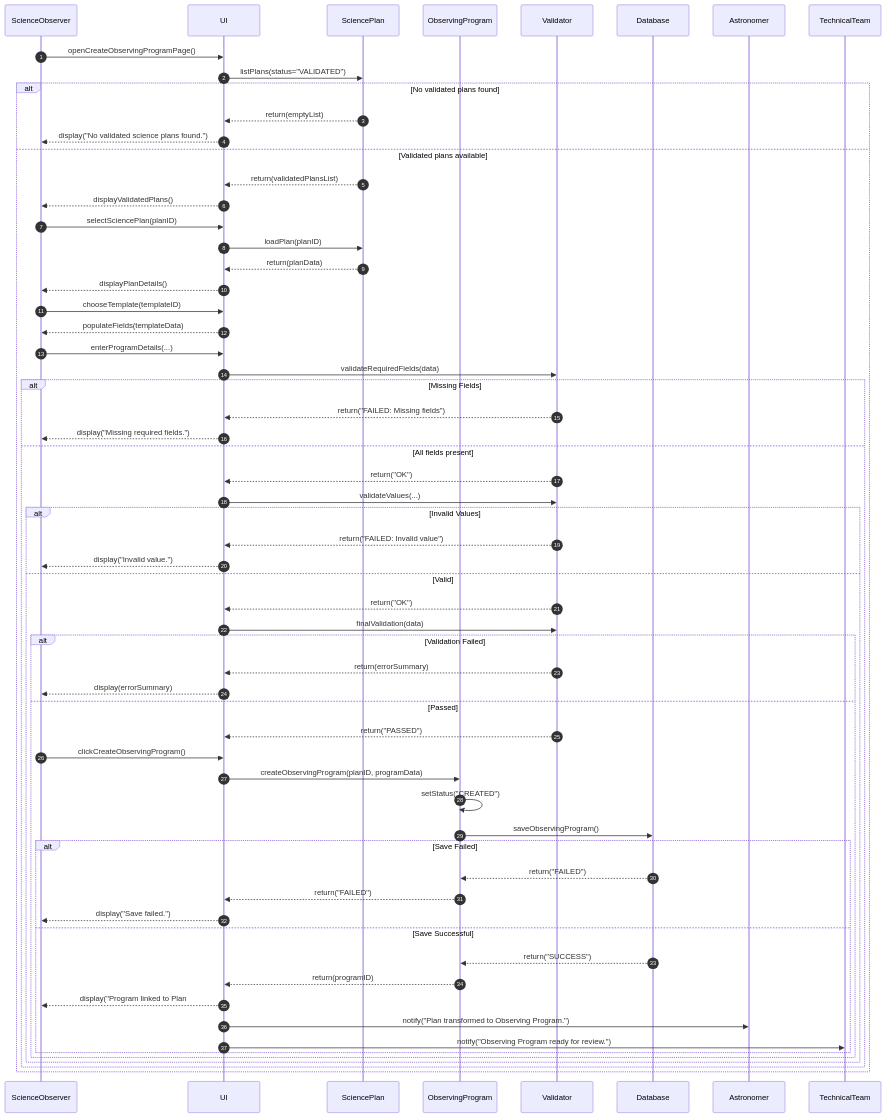
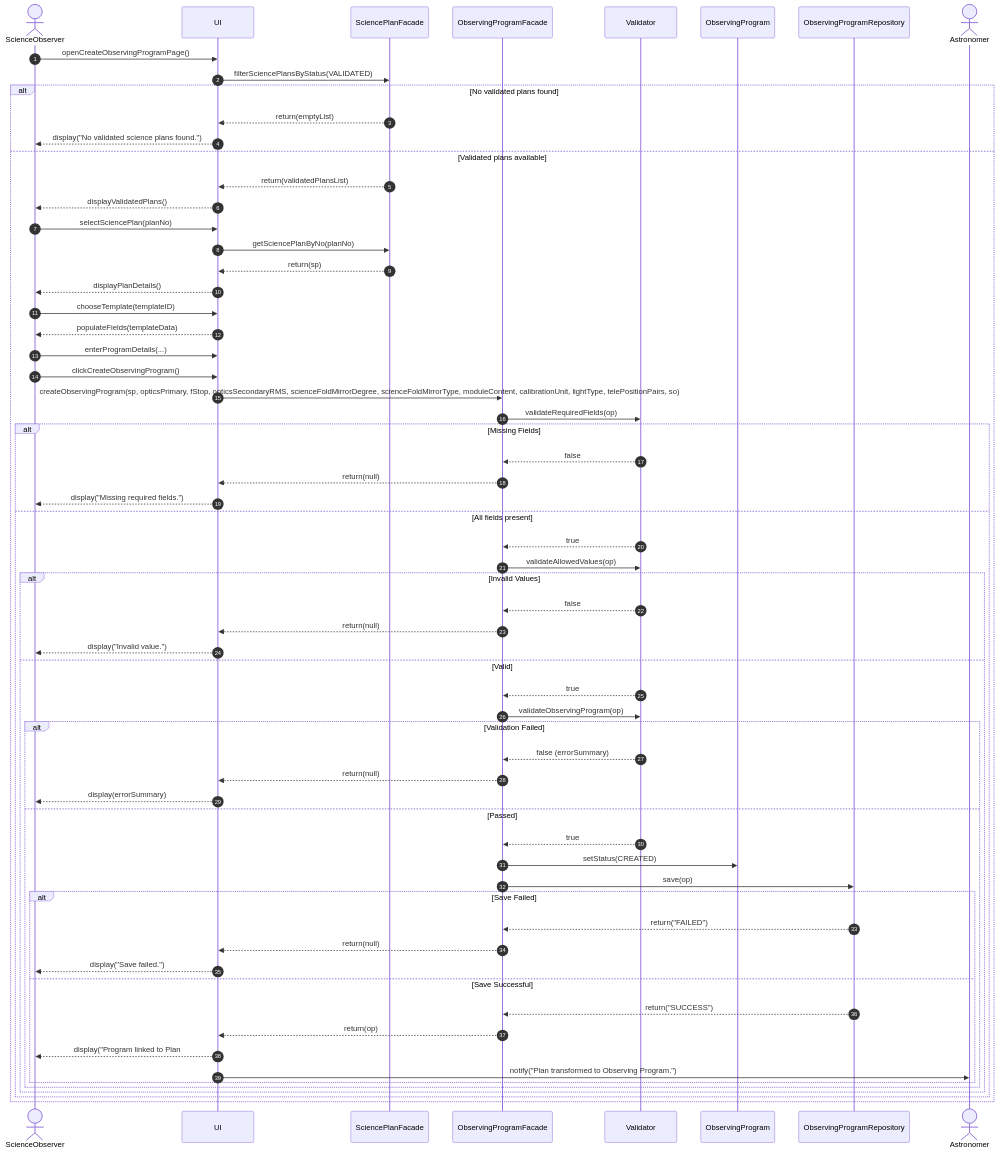
One commit to FantasticRattee/gemini-telescope-control-system changed the sixth of 7 diagrams in docs/design.md. Above: the diagram before and after it, drawn with Mermaid. The commit also changed other lines of this file and 13 other files, not shown here.

First line of the commit message:
Fix science plan workflow, tests, and use-case diagram

````diff
--- a/docs/design.md
+++ b/docs/design.md
@@ -305,75 +317,77 @@
 ```mermaid
 sequenceDiagram
     autonumber
-    participant SO as ScienceObserver
+    actor SO as ScienceObserver
     participant UI as UI
-    participant SP as SciencePlan
+    participant SPF as SciencePlanFacade
+    participant OPF as ObservingProgramFacade
+    participant V as Validator
     participant OP as ObservingProgram
-    participant V as Validator
-    participant DB as Database
-    participant A as Astronomer
-    participant T as TechnicalTeam
+    participant OPR as ObservingProgramRepository
+    actor A as Astronomer
 
     SO->>UI: openCreateObservingProgramPage()
-    UI->>SP: listPlans(status="VALIDATED")
+    UI->>SPF: filterSciencePlansByStatus(VALIDATED)
 
     alt No validated plans found
-        SP-->>UI: return(emptyList)
+        SPF-->>UI: return(emptyList)
         UI-->>SO: display("No validated science plans found.")
     else Validated plans available
-        SP-->>UI: return(validatedPlansList)
+        SPF-->>UI: return(validatedPlansList)
         UI-->>SO: displayValidatedPlans()
 
-        SO->>UI: selectSciencePlan(planID)
-        UI->>SP: loadPlan(planID)
-        SP-->>UI: return(planData)
+        SO->>UI: selectSciencePlan(planNo)
+        UI->>SPF: getSciencePlanByNo(planNo)
+        SPF-->>UI: return(sp)
         UI-->>SO: displayPlanDetails()
 
         SO->>UI: chooseTemplate(templateID)
         UI-->>SO: populateFields(templateData)
 
         SO->>UI: enterProgramDetails(...)
+        SO->>UI: clickCreateObservingProgram()
+        UI->>OPF: createObservingProgram(sp, opticsPrimary, fStop, opticsSecondaryRMS, scienceFoldMirrorDegree, scienceFoldMirrorType, moduleContent, calibrationUnit, lightType, telePositionPairs, so)
 
-        UI->>V: validateRequiredFields(data)
+        OPF->>V: validateRequiredFields(op)
         alt Missing Fields
-            V-->>UI: return("FAILED: Missing fields")
+            V-->>OPF: false
+            OPF-->>UI: return(null)
             UI-->>SO: display("Missing required fields.")
         else All fields present
-            V-->>UI: return("OK")
+            V-->>OPF: true
 
-            UI->>V: validateValues(...)
+            OPF->>V: validateAllowedValues(op)
             alt Invalid Values
-                V-->>UI: return("FAILED: Invalid value")
+                V-->>OPF: false
+                OPF-->>UI: return(null)
                 UI-->>SO: display("Invalid value.")
             else Valid
-                V-->>UI: return("OK")
+                V-->>OPF: true
 
-                UI->>V: finalValidation(data)
+                OPF->>V: validateObservingProgram(op)
                 alt Validation Failed
-                    V-->>UI: return(errorSummary)
+                    V-->>OPF: false (errorSummary)
+                    OPF-->>UI: return(null)
                     UI-->>SO: display(errorSummary)
                 else Passed
-                    V-->>UI: return("PASSED")
+                    V-->>OPF: true
 
-                    SO->>UI: clickCreateObservingProgram()
-                    UI->>OP: createObservingProgram(planID, programData)
-                    OP->>OP: setStatus("CREATED")
-                    OP->>DB: saveObservingProgram()
+                    OPF->>OP: setStatus(CREATED)
+                    OPF->>OPR: save(op)
 
                     alt Save Failed
-                        DB-->>OP: return("FAILED")
-                        OP-->>UI: return("FAILED")
+                        OPR-->>OPF: return("FAILED")
+                        OPF-->>UI: return(null)
                         UI-->>SO: display("Save failed.")
                     else Save Successful
-                        DB-->>OP: return("SUCCESS")
-                        OP-->>UI: return(programID)
+                        OPR-->>OPF: return("SUCCESS")
+                        OPF-->>UI: return(op)
 
-                        UI-->>SO: display("Program linked to Plan #" + planID)
+                        UI-->>SO: display("Program linked to Plan #" + planNo)
                         UI->>A: notify("Plan transformed to Observing Program.")
-                        UI->>T: notify("Observing Program ready for review.")
                     end
                 end
             end
         end
     end
 ```
````
